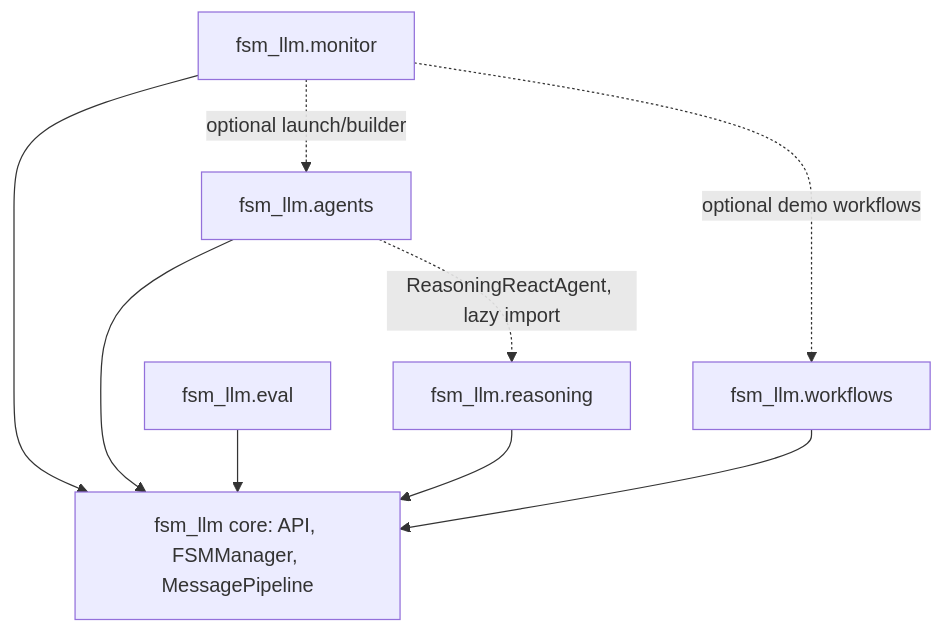
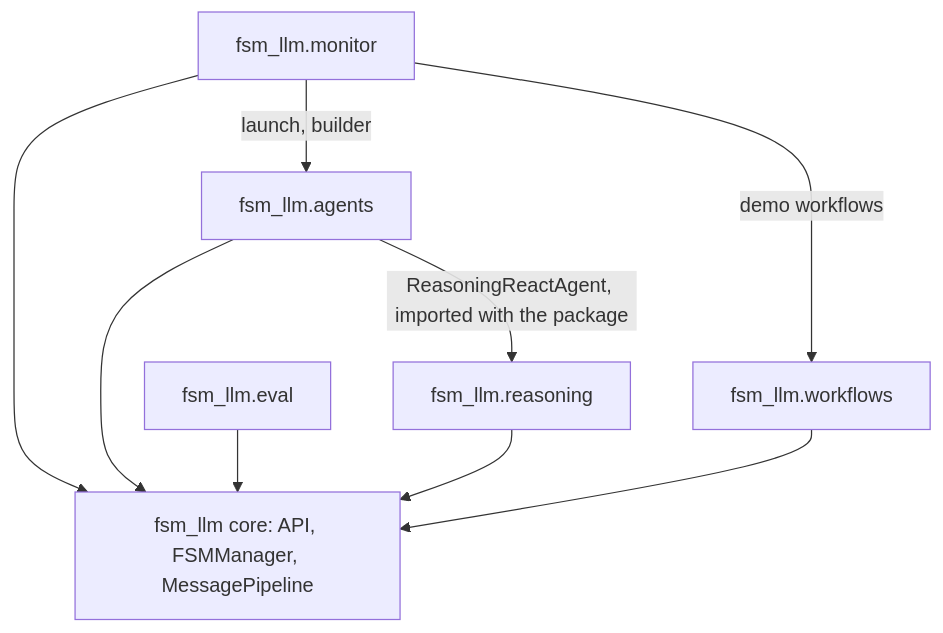
Before and after one commit to NikolasMarkou/fsm_llm: the diagram in AGENTS.md, drawn with Mermaid. The commit also changed 59 other files, not shown here.

````diff
--- a/AGENTS.md
+++ b/AGENTS.md
@@ -15,12 +15,12 @@
 ```mermaid
 flowchart TD
     core[fsm_llm core: API, FSMManager, MessagePipeline]
     reasoning[fsm_llm.reasoning] --> core
     workflows[fsm_llm.workflows] --> core
     agents[fsm_llm.agents] --> core
-    agents -. ReasoningReactAgent, lazy import .-> reasoning
+    agents -- ReasoningReactAgent, imported with the package --> reasoning
     monitor[fsm_llm.monitor] --> core
-    monitor -. optional launch/builder .-> agents
-    monitor -. optional demo workflows .-> workflows
+    monitor -- launch, builder --> agents
+    monitor -- demo workflows --> workflows
     eval[fsm_llm.eval] --> core
 ```
````
